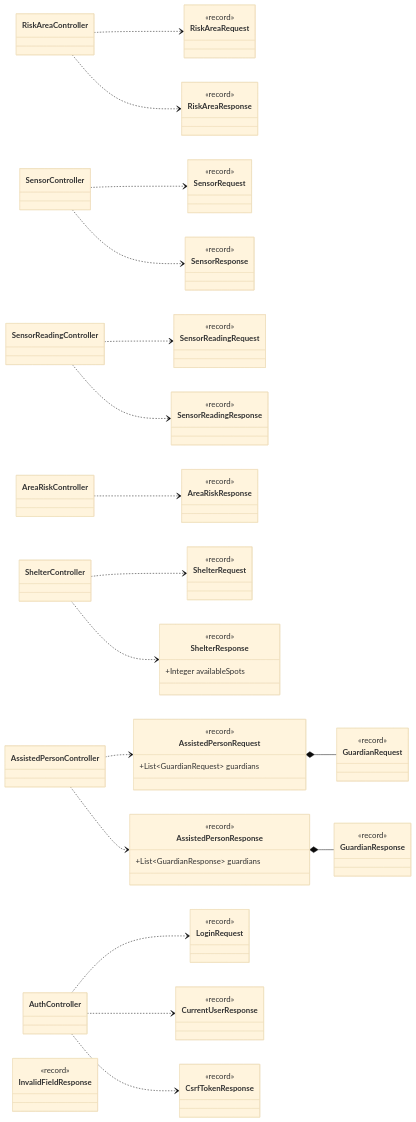
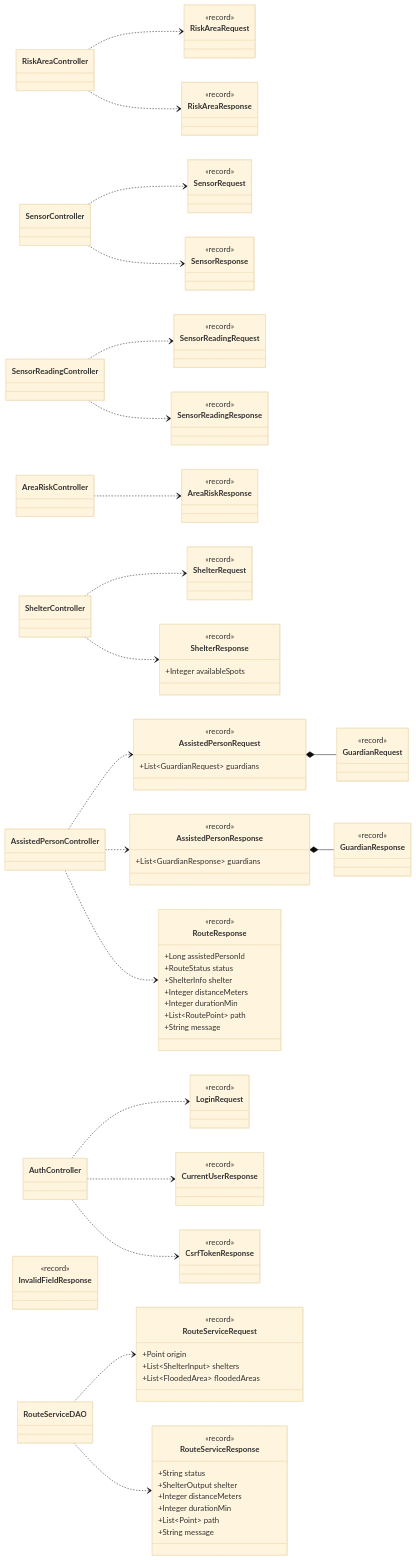
The third of 4 diagrams in docs/class-diagram.md (Kelwinnn/Global-Solution---Rota-Segura-DDD-Java), drawn with Mermaid (base theme) before and after one commit. The commit also changed other lines of this file and 22 other files, not shown here.

```diff
--- a/docs/class-diagram.md
+++ b/docs/class-diagram.md
@@ -310,6 +337,32 @@
     class InvalidFieldResponse {
         <<record>>
     }
+    class RouteResponse {
+        <<record>>
+        +Long assistedPersonId
+        +RouteStatus status
+        +ShelterInfo shelter
+        +Integer distanceMeters
+        +Integer durationMin
+        +List~RoutePoint~ path
+        +String message
+    }
+    class RouteServiceRequest {
+        <<record>>
+        +Point origin
+        +List~ShelterInput~ shelters
+        +List~FloodedArea~ floodedAreas
+    }
+    class RouteServiceResponse {
+        <<record>>
+        +String status
+        +ShelterOutput shelter
+        +Integer distanceMeters
+        +Integer durationMin
+        +List~Point~ path
+        +String message
+    }
+    class RouteServiceDAO
 
     RiskAreaController ..> RiskAreaRequest
     RiskAreaController ..> RiskAreaResponse
@@ -322,6 +375,9 @@
     ShelterController ..> ShelterResponse
     AssistedPersonController ..> AssistedPersonRequest
     AssistedPersonController ..> AssistedPersonResponse
+    AssistedPersonController ..> RouteResponse
+    RouteServiceDAO ..> RouteServiceRequest
+    RouteServiceDAO ..> RouteServiceResponse
     AssistedPersonRequest *-- GuardianRequest
     AssistedPersonResponse *-- GuardianResponse
     AuthController ..> LoginRequest
```
